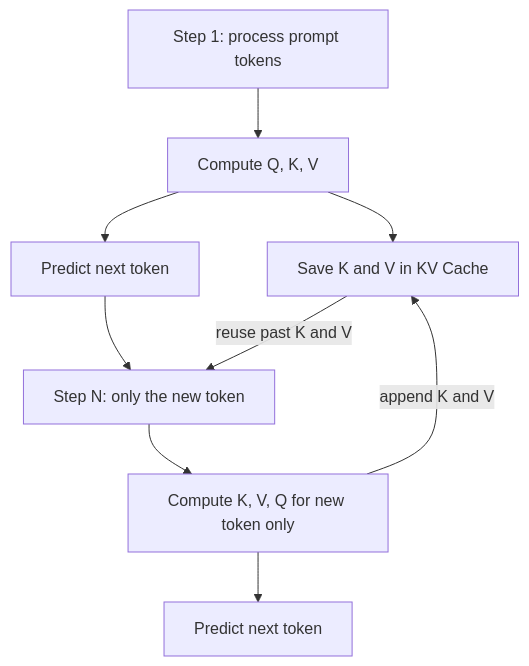
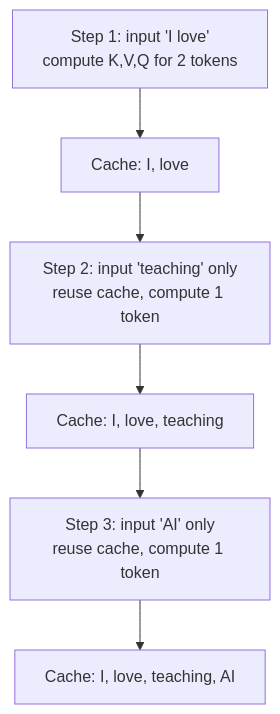
Before and after one commit to kaisarnajar/outcome-school-blogs: the diagram in notes/step-12-llm-inference-engineering/149-kv-cache-in-llms.md, drawn with Mermaid. The commit also changed other lines of this file and 233 other files, not shown here.

````diff
--- a/notes/step-12-llm-inference-engineering/149-kv-cache-in-llms.md
+++ b/notes/step-12-llm-inference-engineering/149-kv-cache-in-llms.md
@@ -42,11 +49,8 @@
 ```mermaid
 flowchart TD
-    A["Step 1: process prompt tokens"] --> B["Compute Q, K, V"]
-    B --> C["Save K and V in KV Cache"]
-    B --> D["Predict next token"]
-    D --> E["Step N: only the new token"]
-    C -->|"reuse past K and V"| E
-    E --> F["Compute K, V, Q for new token only"]
-    F -->|"append K and V"| C
-    F --> G["Predict next token"]
+    S1["Step 1: input 'I love'<br/>compute K,V,Q for 2 tokens"] --> C1["Cache: I, love"]
+    C1 --> S2["Step 2: input 'teaching' only<br/>reuse cache, compute 1 token"]
+    S2 --> C2["Cache: I, love, teaching"]
+    C2 --> S3["Step 3: input 'AI' only<br/>reuse cache, compute 1 token"]
+    S3 --> C3["Cache: I, love, teaching, AI"]
 ```
````
